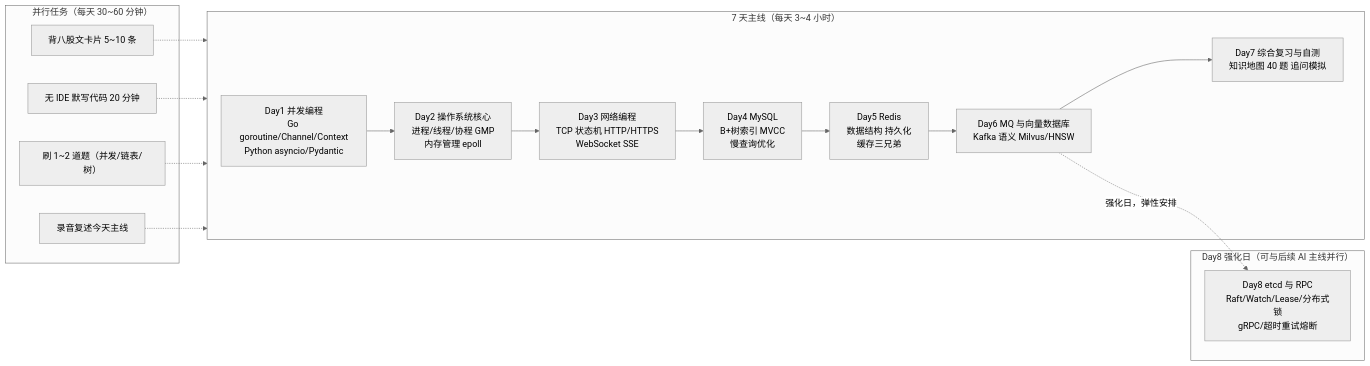
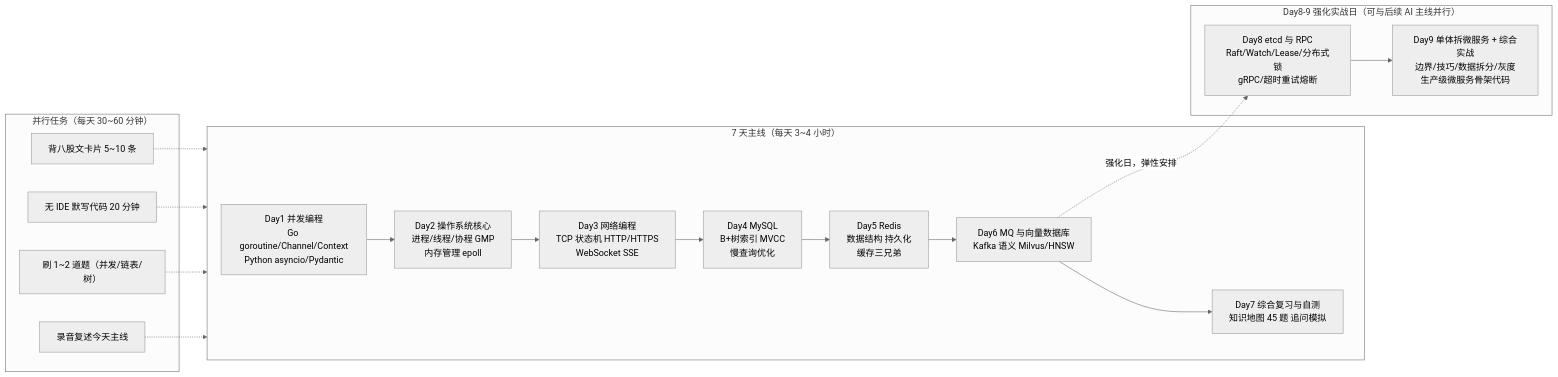
The first of 23 diagrams in docs/路线专题/02-后端与计算机基础.md (Bin-hy/go-campus), drawn with Mermaid (neutral theme) before and after one commit. The commit also changed other lines of this file and 12 other files, not shown here.

First line of the commit message:
feat(route): 后端专题新增 Day9 综合实战——大厂单体拆微服务 + 生产级微服务骨架

````diff
--- a/docs/路线专题/02-后端与计算机基础.md
+++ b/docs/路线专题/02-后端与计算机基础.md
@@ -20,27 +21,29 @@
 ```mermaid
 flowchart LR
     subgraph 主线["7 天主线（每天 3~4 小时）"]
         D1["Day1 并发编程<br/>Go goroutine/Channel/Context<br/>Python asyncio/Pydantic"]
         D2["Day2 操作系统核心<br/>进程/线程/协程 GMP<br/>内存管理 epoll"]
         D3["Day3 网络编程<br/>TCP 状态机 HTTP/HTTPS<br/>WebSocket SSE"]
         D4["Day4 MySQL<br/>B+树索引 MVCC<br/>慢查询优化"]
         D5["Day5 Redis<br/>数据结构 持久化<br/>缓存三兄弟"]
         D6["Day6 MQ 与向量数据库<br/>Kafka 语义 Milvus/HNSW"]
-        D7["Day7 综合复习与自测<br/>知识地图 40 题 追问模拟"]
+        D7["Day7 综合复习与自测<br/>知识地图 45 题 追问模拟"]
     end
-    subgraph 强化["Day8 强化日（可与后续 AI 主线并行）"]
+    subgraph 强化["Day8-9 强化实战日（可与后续 AI 主线并行）"]
         D8["Day8 etcd 与 RPC<br/>Raft/Watch/Lease/分布式锁<br/>gRPC/超时重试熔断"]
+        D9["Day9 单体拆微服务 + 综合实战<br/>边界/技巧/数据拆分/灰度<br/>生产级微服务骨架代码"]
     end
     subgraph 并行["并行任务（每天 30~60 分钟）"]
         P1["背八股文卡片 5~10 条"]
         P2["无 IDE 默写代码 20 分钟"]
         P3["刷 1~2 道题（并发/链表/树）"]
         P4["录音复述今天主线"]
     end
     D1 --> D2 --> D3 --> D4 --> D5 --> D6 --> D7
     D6 -. 强化日，弹性安排 .-> D8
+    D8 --> D9
     P1 -.-> 主线
     P2 -.-> 主线
     P3 -.-> 主线
     P4 -.-> 主线
 ```
````
